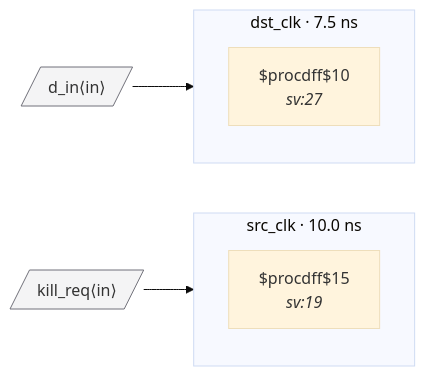
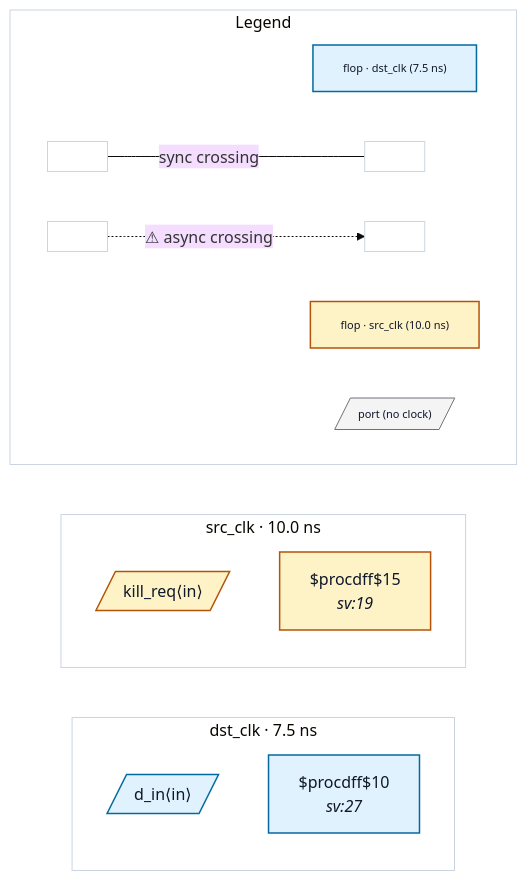
Before and after one commit to rtl-buddy/rtl-buddy-cdc: the diagram in tests/fixtures/bad_reset_crossing/README.md, drawn with Mermaid (base theme). The commit also changed 71 other files, not shown here.

First line of the commit message:
Refresh fixture READMEs + render iterations (colors, legend, nested ports, clock-net edges)

````diff
--- a/tests/fixtures/bad_reset_crossing/README.md
+++ b/tests/fixtures/bad_reset_crossing/README.md
@@ -14,17 +14,40 @@
 ```mermaid
 %% bad_reset_crossing — generated by rtl-buddy-cdc render
 flowchart LR
   subgraph clk_dst_clk["dst_clk · 7.5 ns"]
     direction TB
-    f_0ae61a9b["$procdff$10<br/><i>sv:27</i>"]
+    p_in_d_in[/"d_in⟨in⟩"/]:::ckcls_dst_clk
+    f_0ae61a9b["$procdff$10<br/><i>sv:27</i>"]:::ckcls_dst_clk
   end
   subgraph clk_src_clk["src_clk · 10.0 ns"]
     direction TB
-    f_0ee1f485["$procdff$15<br/><i>sv:19</i>"]
+    p_in_kill_req[/"kill_req⟨in⟩"/]:::ckcls_src_clk
+    f_0ee1f485["$procdff$15<br/><i>sv:19</i>"]:::ckcls_src_clk
   end
-  p_in_d_in[/"d_in⟨in⟩"/]:::port
-  p_in_kill_req[/"kill_req⟨in⟩"/]:::port
-  p_in_d_in --> f_0ae61a9b
-  p_in_kill_req --> f_0ee1f485
-  classDef port fill:#f4f4f5,stroke:#71717a
+  subgraph rb_legend["Legend"]
+    direction LR
+    lg_clk_dst_clk["flop · dst_clk (7.5 ns)"]:::ckcls_dst_clk
+    lg_clk_src_clk["flop · src_clk (10.0 ns)"]:::ckcls_src_clk
+    lg_port[/"port (no clock)"/]:::port_unassigned
+    lg_sync_a[" "]:::ckcls_legend_neutral
+    lg_sync_b[" "]:::ckcls_legend_neutral
+    lg_async_a[" "]:::ckcls_legend_neutral
+    lg_async_b[" "]:::ckcls_legend_neutral
+    lg_sync_a --- |"sync crossing"| lg_sync_b
+    lg_async_a -. "⚠ async crossing" .-> lg_async_b
+  end
+  style clk_dst_clk fill:none,stroke:#cbd5e1
+  style clk_src_clk fill:none,stroke:#cbd5e1
+  style rb_legend fill:none,stroke:#cbd5e1
+  style lg_clk_dst_clk font-size:11px
+  style lg_clk_src_clk font-size:11px
+  style lg_port font-size:11px
+  style lg_sync_a font-size:11px
+  style lg_sync_b font-size:11px
+  style lg_async_a font-size:11px
+  style lg_async_b font-size:11px
+  classDef ckcls_dst_clk fill:#e0f2fe,stroke:#0369a1,stroke-width:1.5px,color:#0f172a
+  classDef ckcls_src_clk fill:#fef3c7,stroke:#b45309,stroke-width:1.5px,color:#0f172a
+  classDef port_unassigned fill:#f4f4f5,stroke:#71717a,color:#0f172a
+  classDef ckcls_legend_neutral fill:#ffffff,stroke:#cbd5e1,stroke-width:1px,color:#0f172a
 ```
````
